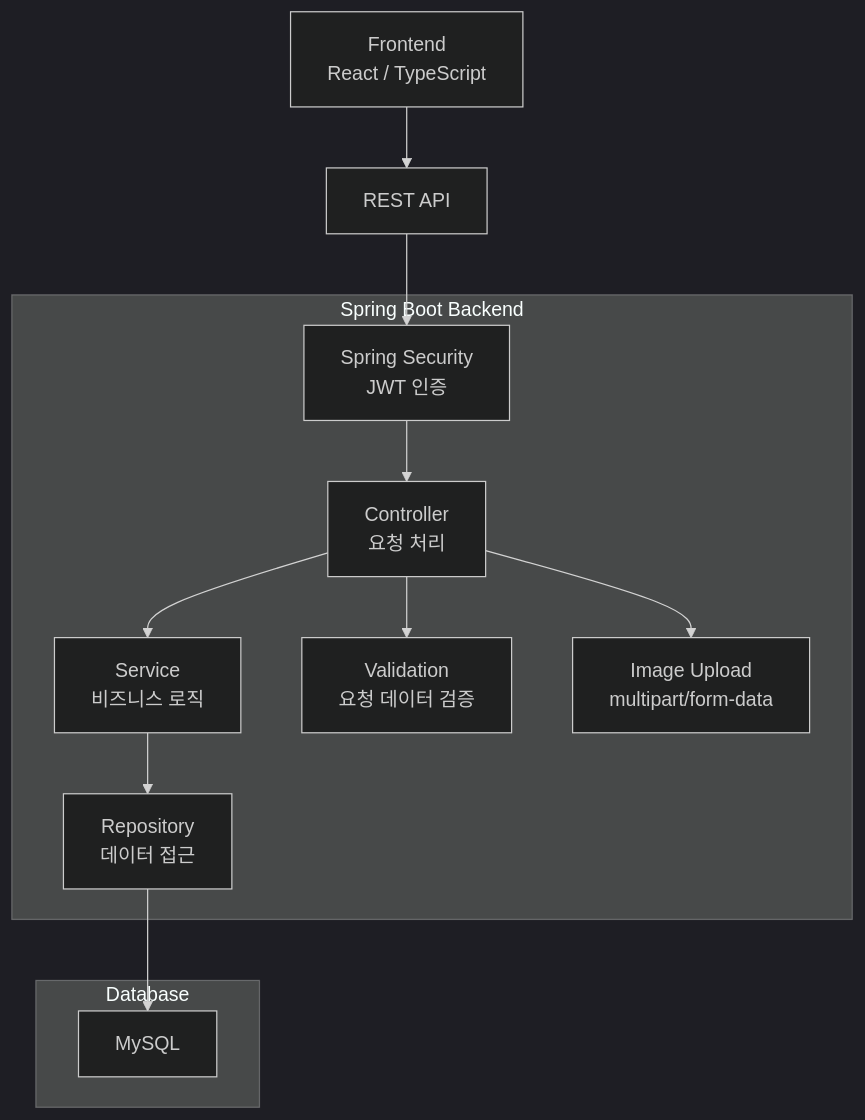
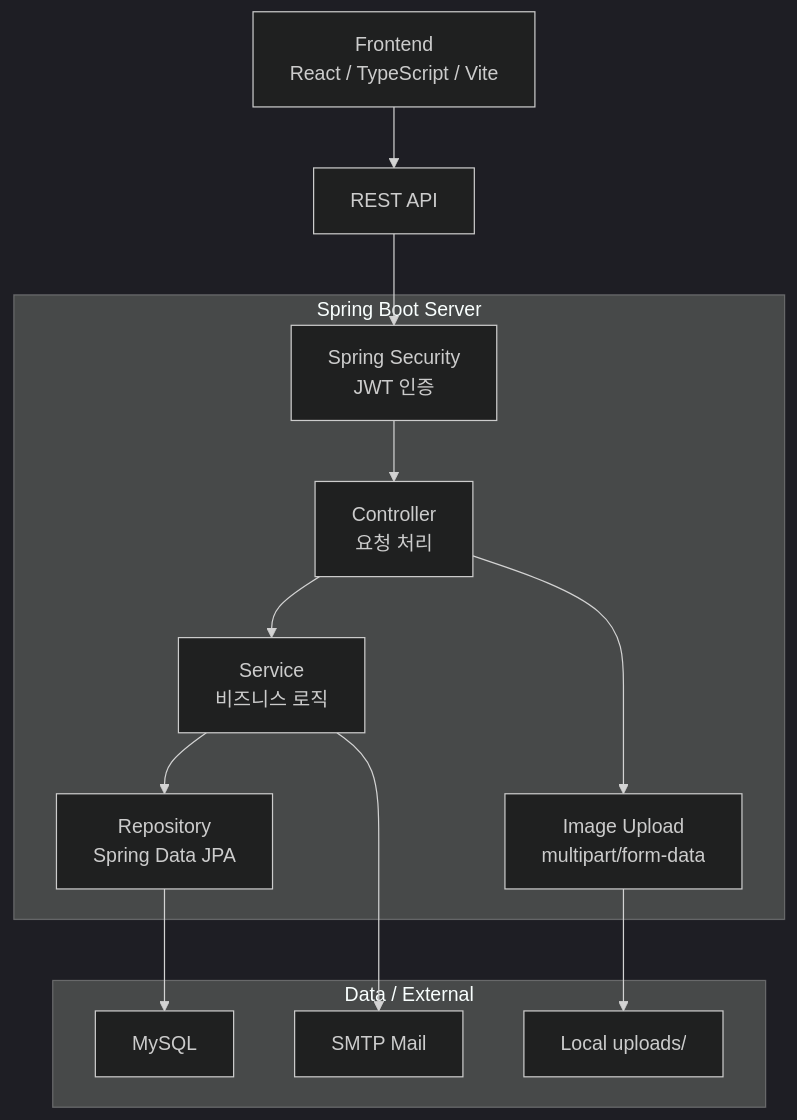
One commit to hjs7115/foodshare changed the diagram in README.md. Above: the diagram before and after it, drawn with Mermaid (dark theme). The commit also changed other lines of this file, not shown here.

````diff
--- a/README.md
+++ b/README.md
@@ -62,25 +66,27 @@
 ```mermaid
 graph TB
-    Client["Frontend<br/>React / TypeScript"] --> API["REST API"]
+    Client["Frontend<br/>React / TypeScript / Vite"] --> API["REST API"]
 
-    subgraph Backend["Spring Boot Backend"]
+    subgraph Server["Spring Boot Server"]
         Controller["Controller<br/>요청 처리"]
         Service["Service<br/>비즈니스 로직"]
-        Repository["Repository<br/>데이터 접근"]
+        Repository["Repository<br/>Spring Data JPA"]
         Security["Spring Security<br/>JWT 인증"]
-        Validation["Validation<br/>요청 데이터 검증"]
         Upload["Image Upload<br/>multipart/form-data"]
     end
 
-    subgraph Database["Database"]
+    subgraph Data["Data / External"]
         MySQL["MySQL"]
+        Mail["SMTP Mail"]
+        Files["Local uploads/"]
     end
 
     API --> Security
     Security --> Controller
-    Controller --> Validation
     Controller --> Service
     Service --> Repository
     Repository --> MySQL
     Controller --> Upload
+    Upload --> Files
+    Service --> Mail
 ```
````
